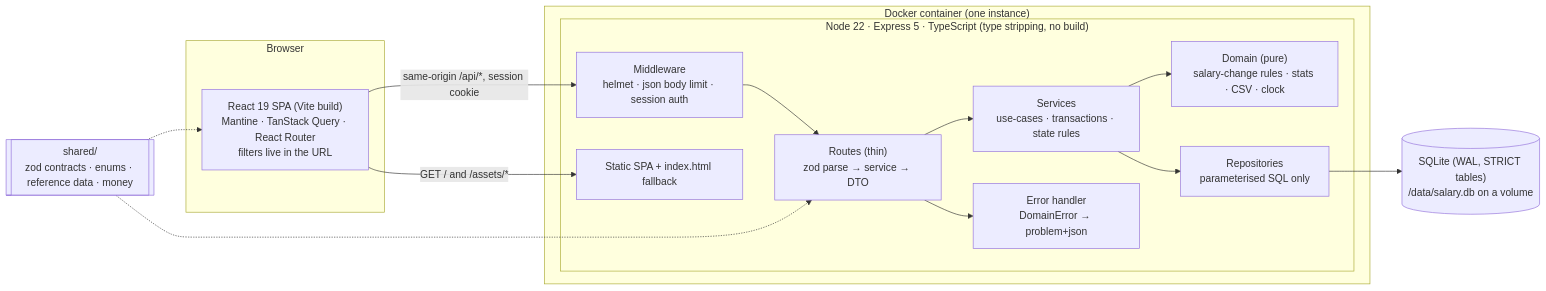
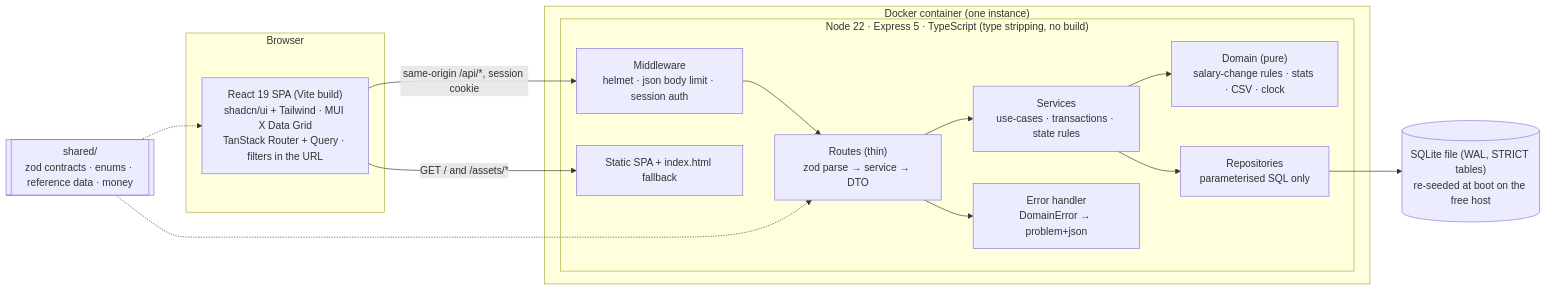
One commit to SwapnilRaj1708/Salary-Management changed the first of 2 diagrams in docs/architecture.md. Above: the diagram before and after it, drawn with Mermaid. The commit also changed other lines of this file and 5 other files, not shown here.

````diff
--- a/docs/architecture.md
+++ b/docs/architecture.md
@@ -11,25 +12,25 @@
 ```mermaid
 flowchart LR
   subgraph Browser
-    SPA["React 19 SPA (Vite build)<br/>Mantine · TanStack Query · React Router<br/>filters live in the URL"]
+    SPA["React 19 SPA (Vite build)<br/>shadcn/ui + Tailwind · MUI X Data Grid<br/>TanStack Router + Query · filters in the URL"]
   end
   subgraph Container["Docker container (one instance)"]
     subgraph API["Node 22 · Express 5 · TypeScript (type stripping, no build)"]
       MW["Middleware<br/>helmet · json body limit · session auth"]
       RT["Routes (thin)<br/>zod parse → service → DTO"]
       SV["Services<br/>use-cases · transactions · state rules"]
       DM["Domain (pure)<br/>salary-change rules · stats · CSV · clock"]
       RP["Repositories<br/>parameterised SQL only"]
       ERR["Error handler<br/>DomainError → problem+json"]
       ST["Static SPA + index.html fallback"]
     end
   end
-  DB[("SQLite (WAL, STRICT tables)<br/>/data/salary.db on a volume")]
+  DB[("SQLite file (WAL, STRICT tables)<br/>re-seeded at boot on the free host")]
   SH[["shared/<br/>zod contracts · enums · reference data · money"]]
   SPA -- "same-origin /api/*, session cookie" --> MW --> RT --> SV --> RP --> DB
   SV --> DM
   RT --> ERR
   SPA -- "GET / and /assets/*" --> ST
   SH -.-> RT
   SH -.-> SPA
 ```
````
